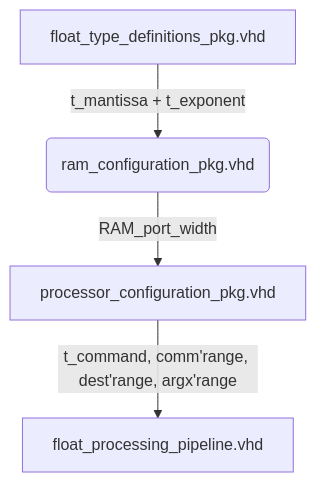
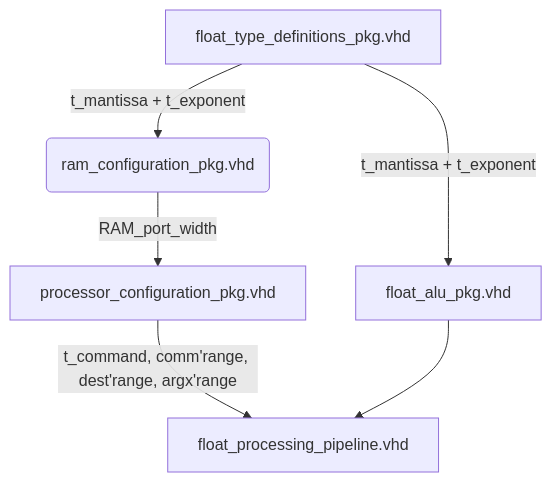
The diagram in README.md (hVHDL/hVHDL_microprogam_processor), drawn with Mermaid before and after one commit.

````diff
--- a/README.md
+++ b/README.md
@@ -43,6 +43,8 @@
 ```mermaid
-flowchart TD;
-    A[float_type_definitions_pkg.vhd] -->|t_mantissa + t_exponent| B(ram_configuration_pkg.vhd);
-    B -->|RAM_port_width| C[processor_configuration_pkg.vhd];
-    C -->|t_command, comm'range, dest'range, argx'range| D[float_processing_pipeline.vhd];
+flowchart TD
+    A[float_type_definitions_pkg.vhd] -->|t_mantissa + t_exponent| B(ram_configuration_pkg.vhd)
+    B -->|RAM_port_width| C[processor_configuration_pkg.vhd]
+    C -->|t_command, comm'range, dest'range, argx'range| D[float_processing_pipeline.vhd]
+    A -->|t_mantissa + t_exponent|E[float_alu_pkg.vhd]
+    E -->D
 ```
````
